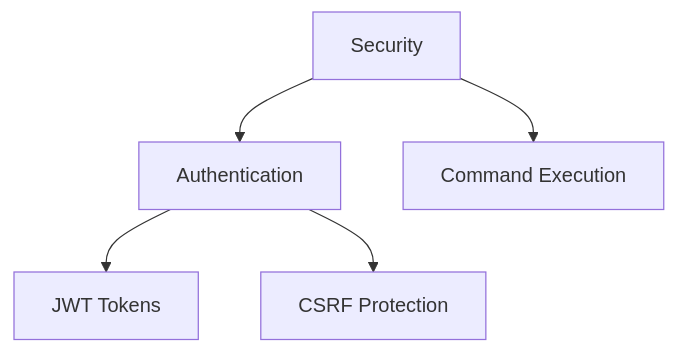
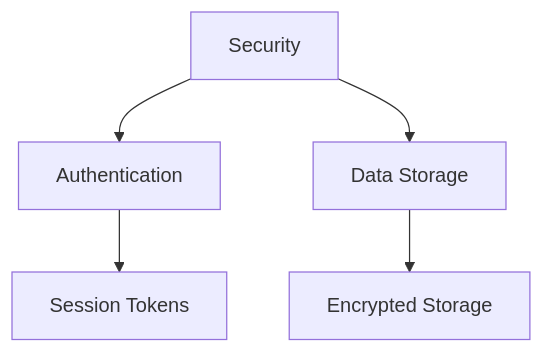
The eighth of 8 diagrams in technical/technology.md (m3au/meows), drawn with Mermaid before and after one commit. The commit also changed other lines of this file and 9 other files, not shown here.

````diff
--- a/technical/technology.md
+++ b/technical/technology.md
@@ -526,8 +300,8 @@
 ```mermaid
 graph TD
     A[Security] --> B[Authentication]
-    A --> C[Command Execution]
+    A --> C[Data Storage]
 
-    B --> E[JWT Tokens]
-    B --> F[CSRF Protection]
+    B --> D[Session Tokens]
+    C --> E[Encrypted Storage]
 ```
````
